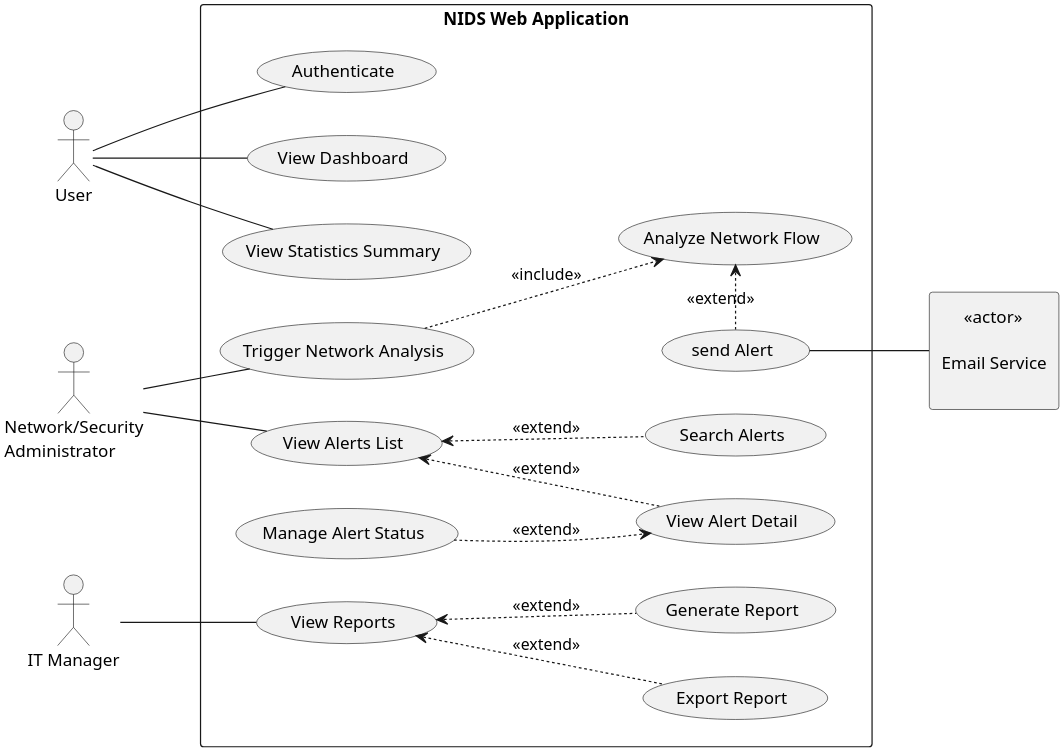
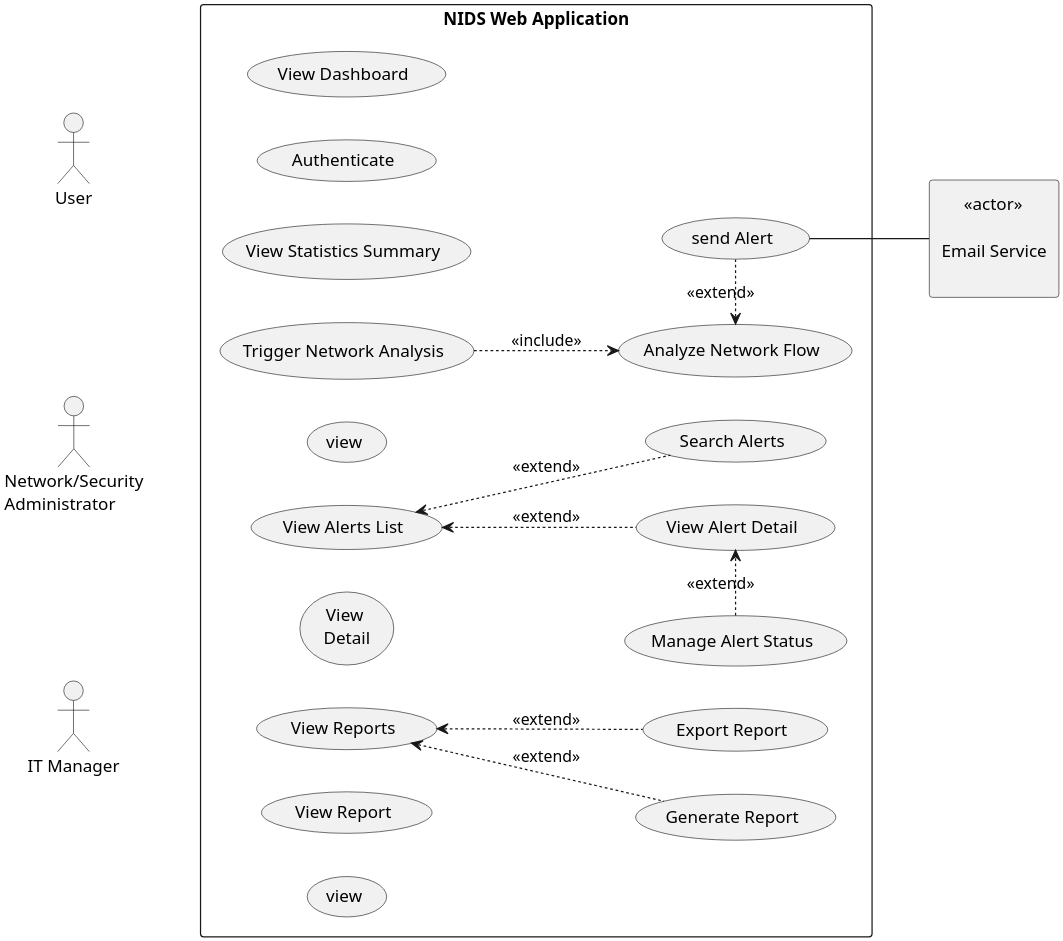
The diagram in diagrams/code/use-case.puml (Amira-BOUAFIF/pfe-nids-report), drawn with PlantUML before and after one commit. The commit also changed 15 other files, not shown here.

```diff
--- a/diagrams/code/use-case.puml
+++ b/diagrams/code/use-case.puml
@@ -1,98 +1,95 @@
 @startuml use-Case
 skinparam dpi 300
 left to right direction
 skinparam packageStyle rectangle
 
 
 ' ─── Left Actors ──────────────────────────────────────
 actor "User" as User
 actor "Network/Security\nAdministrator" as Admin
 actor "IT Manager"                       as ITMgr
 
 
 ' ─── System Boundary ──────────────────────────────────
 rectangle "NIDS Web Application" {
 
     usecase "Trigger Network Analysis" as UC_NET
     usecase "Analyze Network Flow" as UC_NET_FLOW
     usecase "send Alert" as UC_ALERT
 
     usecase "Authenticate" as UC_AUTH
 
 
     usecase "View Dashboard"          as UC_VIEW_DASH
     usecase "View Statistics Summary" as UC_VIEW_STATS
 
 
     usecase "View Alerts List"  as UC_ALERT_LIST
     usecase "View Alert Detail" as UC_ALERT_DETAIL
     usecase "Search Alerts" as UC_ALERT_SEARCH
     usecase  "Manage Alert Status" as UC_ALERT_STATUS
 
     usecase "View Reports"  as UC_VIEW_REPORTS
     usecase "Export Report" as UC_EXPORT_REPORT
     usecase "Generate Report" as UC_GEN_REPORT
     usecase "View Report" as UC_VIEW_REPORT
-
-    hide UC_VIEW_REPORT
+    usecase "View \nDetail" as UC_VIEW_REPORT_DETAIL
+    usecase "view" as v
+    usecase "view" as v2
 
 }
 
 ' ─── Right Actor ──────────────────────────────────────
 rectangle "     <<actor>>\n\nEmail Service\n" as DE
 
 UC_AUTH       -[hidden]left- UC_VIEW_DASH
 UC_VIEW_DASH  -[hidden]left- UC_VIEW_STATS
 UC_VIEW_STATS -[hidden]left- UC_NET
 
 
-UC_ALERT_LIST -[hidden]left- UC_VIEW_REPORTS
+UC_ALERT_LIST -[hidden]left- UC_VIEW_REPORT_DETAIL
+UC_ALERT_LIST -[hidden]right- v
 
 ' ─── Admin + IT Manager associations ───────────────────────────────
-User -- UC_AUTH
-User -- UC_VIEW_DASH
-User -- UC_VIEW_STATS
+User -[hidden]- UC_AUTH
+User -[hidden]- UC_VIEW_DASH
+User -[hidden]- UC_VIEW_STATS
 
 ' ─── Admin associations ───────────────────────────────
-Admin -- UC_NET
-Admin -- UC_ALERT_LIST
+Admin -[hidden]- UC_NET
+Admin -[hidden]- UC_ALERT_LIST
 
 
 
 ' ─── IT Manager associations ──────────────────────────
-ITMgr -- UC_VIEW_REPORTS
+ITMgr -[hidden]- UC_VIEW_REPORTS
 
 
 
 
 ' ─── Email Service associations ───────────────────
-'UC_EXPORT_REPORT -[hidden]- DE
+UC_ALERT -down- DE 
 
 
 UC_NET .down.> UC_NET_FLOW : <<include>>
 UC_ALERT .left.> UC_NET_FLOW : <<extend>>
 
-UC_ALERT -down- DE 
+
 
 UC_ALERT_SEARCH .up.> UC_ALERT_LIST : <<extend>>
 UC_ALERT_DETAIL .up.> UC_ALERT_LIST : <<extend>>
 
 UC_NET -[hidden]down- UC_ALERT
 
-UC_ALERT_STATUS .down.> UC_ALERT_DETAIL : <<extend>>
+UC_ALERT_STATUS .right.> UC_ALERT_DETAIL : <<extend>>
 
 UC_EXPORT_REPORT .up.> UC_VIEW_REPORTS : <<extend>>
 UC_GEN_REPORT .up.> UC_VIEW_REPORTS : <<extend>>
 
 UC_EXPORT_REPORT .[hidden]left.> UC_GEN_REPORT 
 
+UC_VIEW_REPORTS -[hidden]right- UC_VIEW_REPORT_DETAIL
 
-' ─── Relationships ────────────────────────────────────
-'UC_EXPORT_REPORT .right.> UC_VIEW_DASH : <<extend>>
-'UC_AUTH .down.> UC_VIEW_DASH : <<include>>
 
-'UC_EXPORT_REPORT .up.> UC_VIEW_DASH : <<extend>>
-'UC_EXPORT_REPORT .right.> UC_VIEW_DASH : <<extend>>
 
-'UC_ALERT_STATUS .up.> UC_ALERT_LIST : <<extend>>
 @enduml
```
